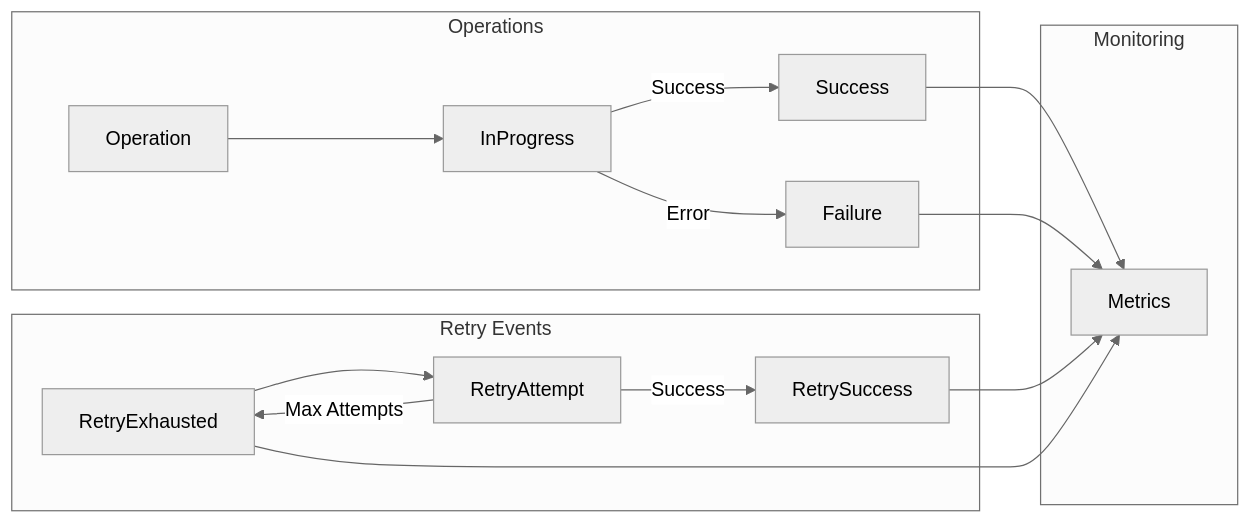
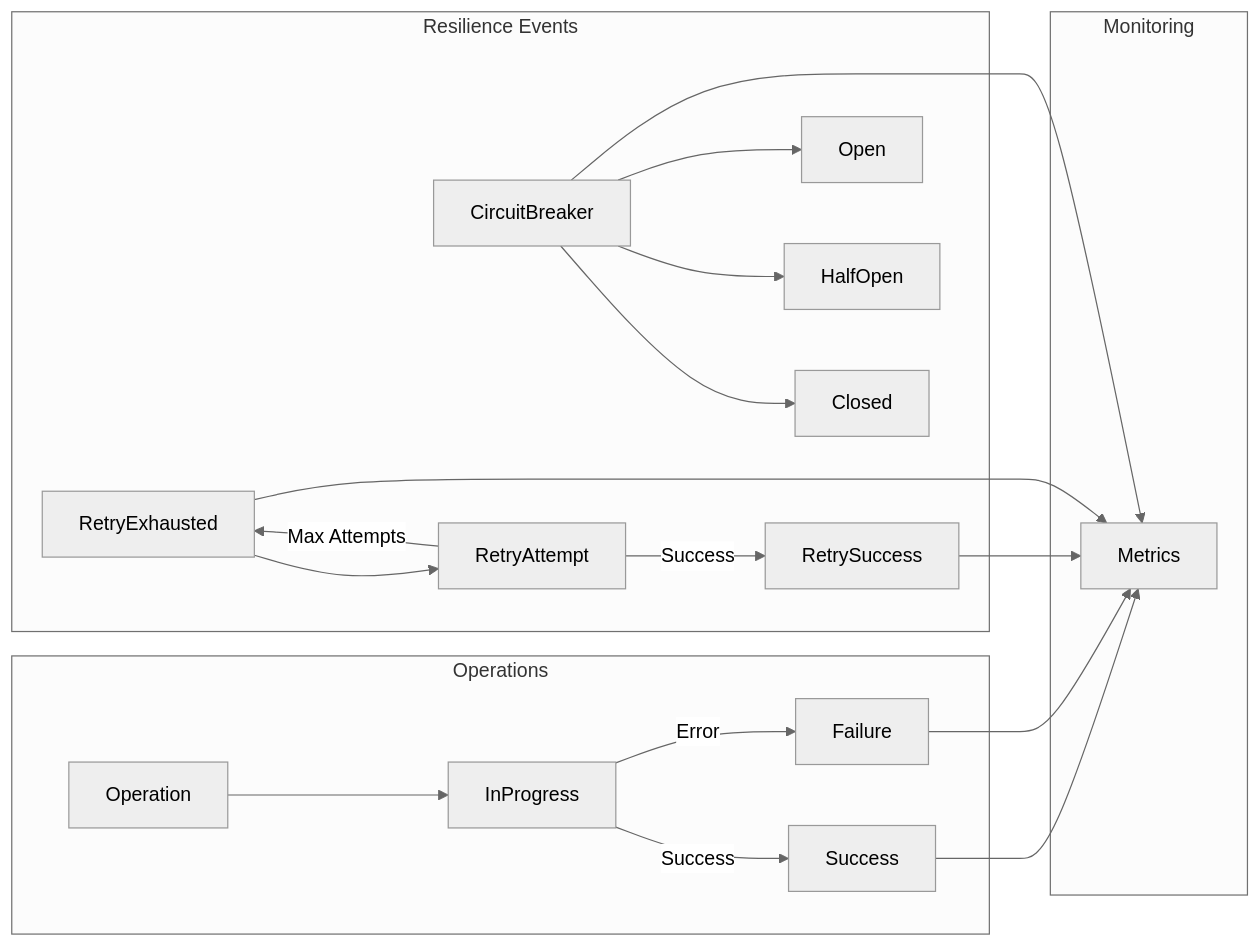
Before and after one commit to codevalley/ever: the third of 5 diagrams in docs/guides/reactive-architecture.md, drawn with Mermaid (neutral theme). The commit also changed other lines of this file and 25 other files, not shown here.

````diff
--- a/docs/guides/reactive-architecture.md
+++ b/docs/guides/reactive-architecture.md
@@ -65,21 +68,26 @@
 ```mermaid
 graph LR
     subgraph Operations
         OP[Operation] --> IP[InProgress]
         IP --> |Success| S[Success]
         IP --> |Error| F[Failure]
     end
     
-    subgraph Retry Events
+    subgraph Resilience Events
         RE[Retry] --> RA[RetryAttempt]
         RA --> |Success| RS[RetrySuccess]
         RA --> |Max Attempts| RE[RetryExhausted]
+        
+        CB[CircuitBreaker] --> Open
+        CB --> HalfOpen
+        CB --> Closed
     end
     
     subgraph Monitoring
         S --> M[Metrics]
         F --> M
         RS --> M
         RE --> M
+        CB --> M
     end
 ```
````
